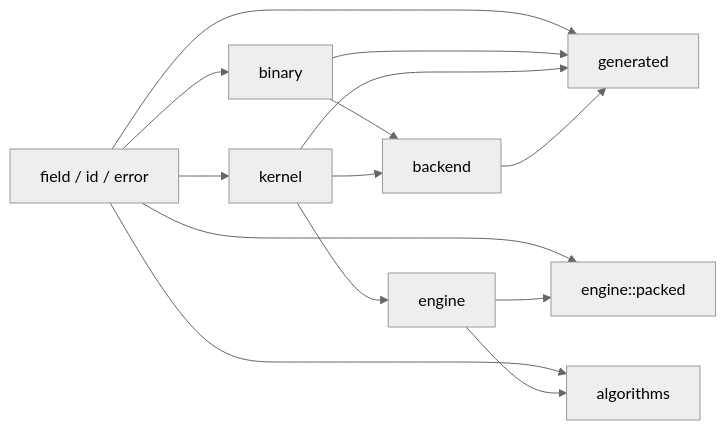
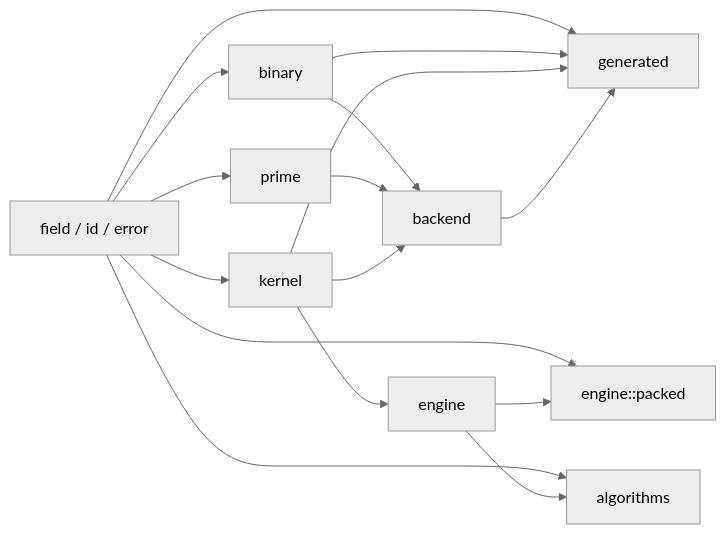
Before and after one commit to alfredoVallejoM/homomorphic-hash-rs: the first of 5 diagrams in docs/microfield/architecture.md, drawn with Mermaid (neutral theme). The commit also changed other lines of this file and 73 other files, not shown here.

````diff
--- a/docs/microfield/architecture.md
+++ b/docs/microfield/architecture.md
@@ -5,25 +5,28 @@
 ```mermaid
 flowchart LR
     Field[field / id / error]
     Binary[binary]
+    Prime[prime]
     Kernel[kernel]
     Backend[backend]
     Generated[generated]
     Engine[engine]
     Packed[engine::packed]
     Algorithms[algorithms]
 
     Field --> Binary
+    Field --> Prime
     Field --> Kernel
     Binary --> Backend
+    Prime --> Backend
     Kernel --> Backend
     Field --> Generated
     Binary --> Generated
     Kernel --> Generated
     Backend --> Generated
     Kernel --> Engine
     Field --> Packed
     Engine --> Packed
     Field --> Algorithms
     Engine --> Algorithms
 ```
````
